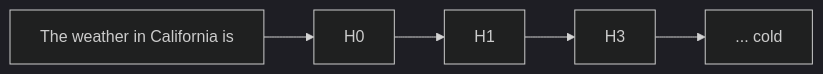
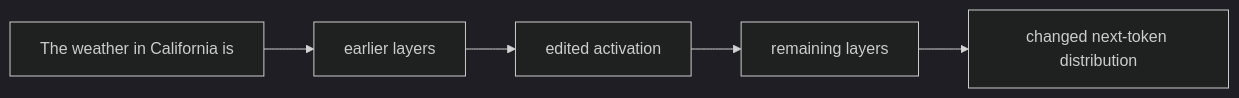
The second of 2 diagrams in content/thoughts/mechanistic interpretability.md (aarnphm/aarnphm.github.io), drawn with Mermaid (dark theme) before and after one commit. The commit also changed other lines of this file and 61 other files, not shown here.

Commit message:
feat: best effort charts and french books and words

````diff
--- a/content/thoughts/mechanistic interpretability.md
+++ b/content/thoughts/mechanistic interpretability.md
@@ -92,4 +89,4 @@
 ```mermaid
 flowchart LR
-  A[The weather in California is] --> B[H0] --> D[H1] --> E[H3] --> C[... cold]
+  A[The weather in California is] --> B[earlier layers] --> D[edited activation] --> E[remaining layers] --> C[changed next-token distribution]
 ```
````
